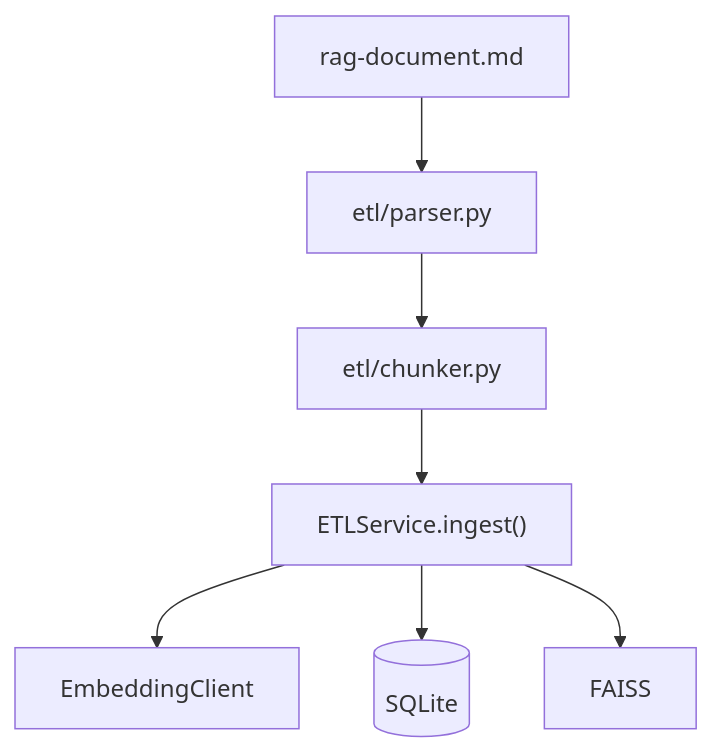
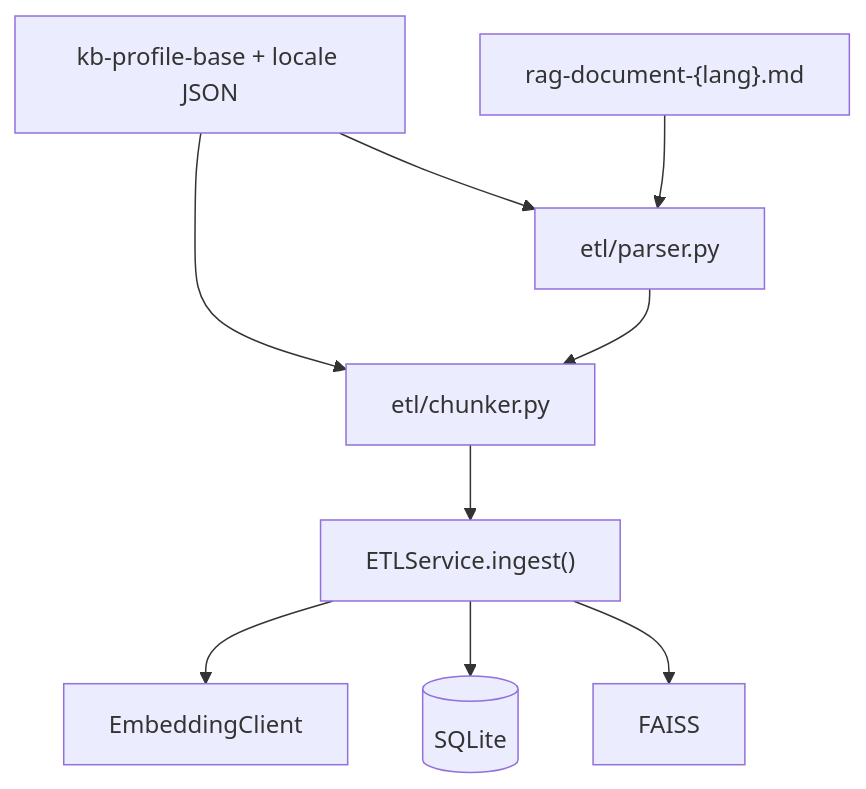
The second of 4 diagrams in docs/ARCHITECTURE.md (Dmitry178/avia-rag-bot), drawn with Mermaid before and after one commit. The commit also changed other lines of this file and 1 other file, not shown here.

Commit message:
Implement multi-language knowledge base architecture

````diff
--- a/docs/ARCHITECTURE.md
+++ b/docs/ARCHITECTURE.md
@@ -155,15 +160,18 @@
 ```mermaid
 flowchart TB
-    MD["rag-document.md"]
+    MD["rag-document-{lang}.md"]
+    PROF["kb-profile-base + locale JSON"]
     P["etl/parser.py"]
     C["etl/chunker.py"]
     S["ETLService.ingest()"]
     E["EmbeddingClient"]
     DB[("SQLite")]
     F["FAISS"]
 
+    PROF --> P
+    PROF --> C
     MD --> P --> C --> S
     S --> E
     S --> DB
     S --> F
 ```
````
